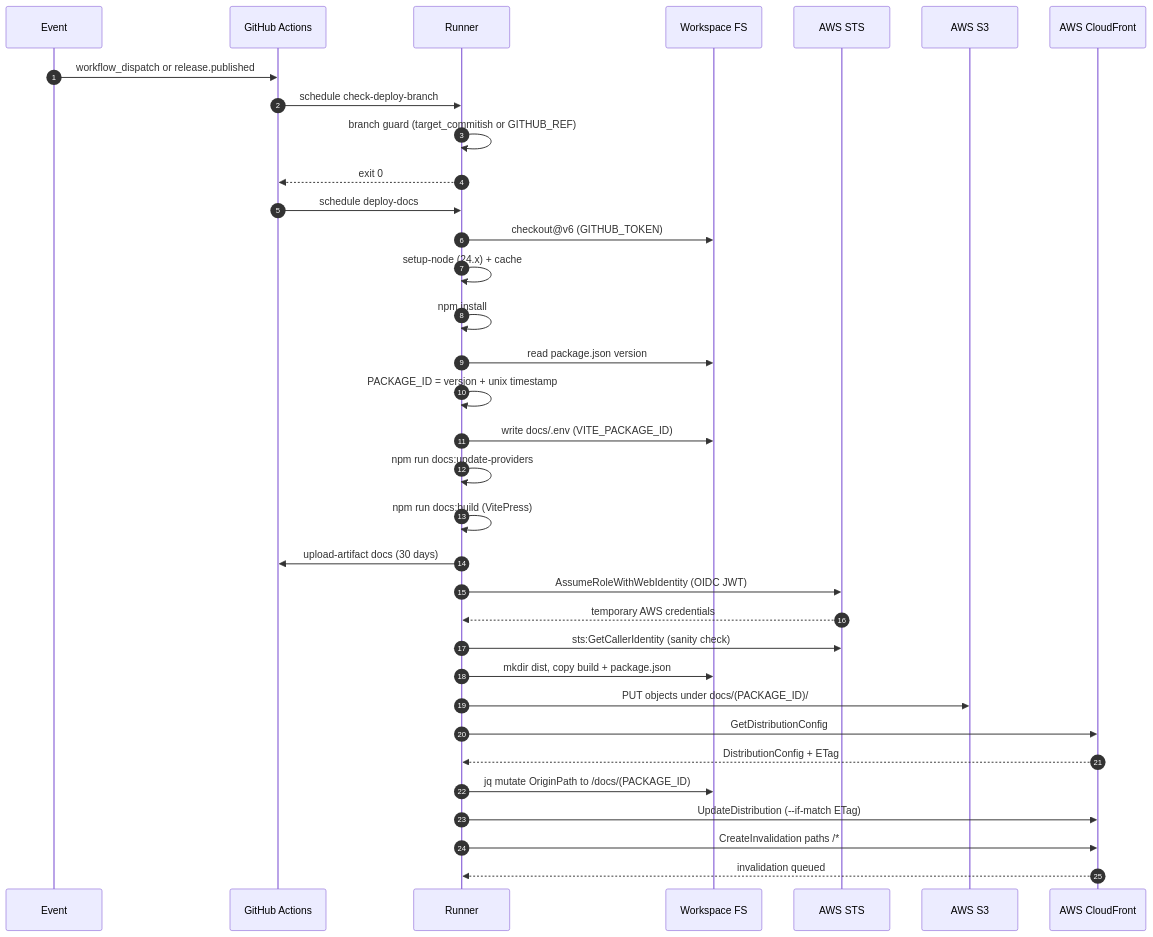
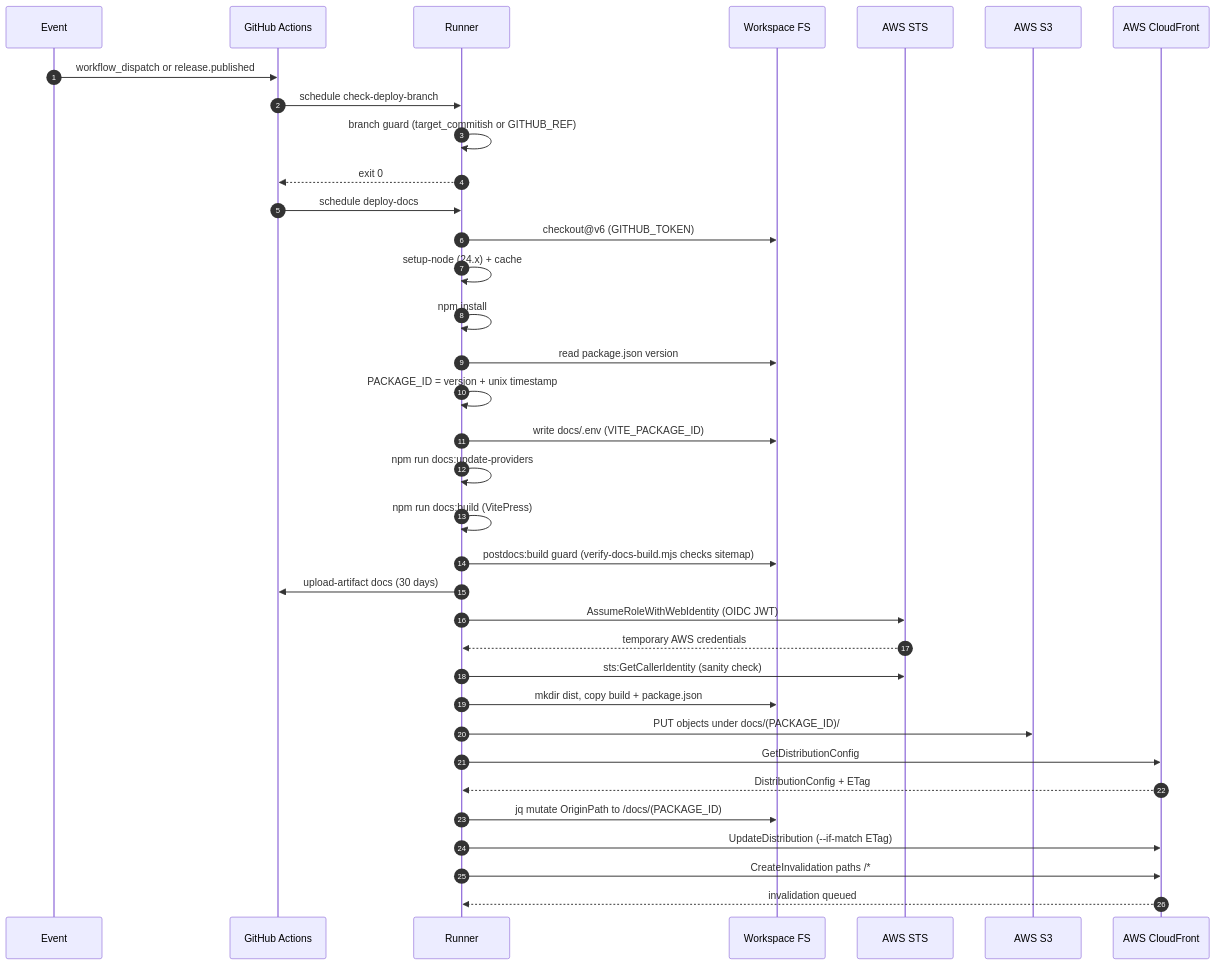
Before and after one commit to llm-exe/llm-exe: the fourth of 13 diagrams in .github/docs/DEPLOY_DOCS_DEEP_DIVE.md, drawn with Mermaid. The commit also changed other lines of this file and 3 other files, not shown here.

Commit message:
docs: sync docs-build deep dives after package.json postdocs:build change

````diff
--- a/.github/docs/DEPLOY_DOCS_DEEP_DIVE.md
+++ b/.github/docs/DEPLOY_DOCS_DEEP_DIVE.md
@@ -181,37 +181,38 @@
 ```mermaid
 sequenceDiagram
     autonumber
     participant E as Event
     participant GH as GitHub Actions
     participant R as Runner
     participant FS as Workspace FS
     participant STS as AWS STS
     participant S3 as AWS S3
     participant CF as AWS CloudFront
 
     E->>GH: workflow_dispatch or release.published
     GH->>R: schedule check-deploy-branch
     R->>R: branch guard (target_commitish or GITHUB_REF)
     R-->>GH: exit 0
     GH->>R: schedule deploy-docs
     R->>FS: checkout@v6 (GITHUB_TOKEN)
     R->>R: setup-node (24.x) + cache
     R->>R: npm install
     R->>FS: read package.json version
     R->>R: PACKAGE_ID = version + unix timestamp
     R->>FS: write docs/.env (VITE_PACKAGE_ID)
     R->>R: npm run docs:update-providers
     R->>R: npm run docs:build (VitePress)
+    R->>FS: postdocs:build guard (verify-docs-build.mjs checks sitemap)
     R->>GH: upload-artifact docs (30 days)
     R->>STS: AssumeRoleWithWebIdentity (OIDC JWT)
     STS-->>R: temporary AWS credentials
     R->>STS: sts:GetCallerIdentity (sanity check)
     R->>FS: mkdir dist, copy build + package.json
     R->>S3: PUT objects under docs/(PACKAGE_ID)/
     R->>CF: GetDistributionConfig
     CF-->>R: DistributionConfig + ETag
     R->>FS: jq mutate OriginPath to /docs/(PACKAGE_ID)
     R->>CF: UpdateDistribution (--if-match ETag)
     R->>CF: CreateInvalidation paths /*
     CF-->>R: invalidation queued
 ```
````
